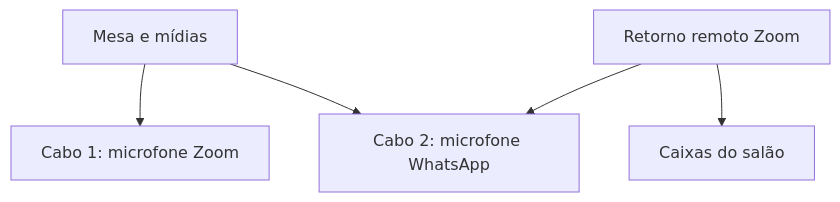
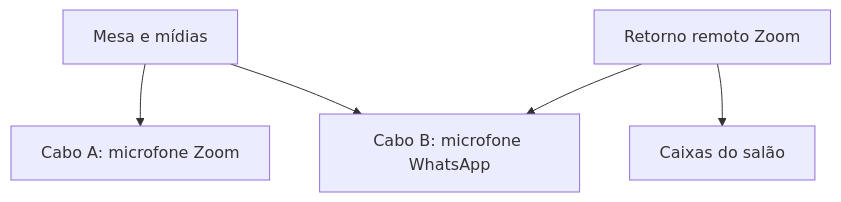
One commit to eduardoveiga-py/meeting-assistant changed the diagram in docs/audio-routing.md. Above: the diagram before and after it, drawn with Mermaid. The commit also changed other lines of this file and 4 other files, not shown here.

````diff
--- a/docs/audio-routing.md
+++ b/docs/audio-routing.md
@@ -42,7 +42,7 @@
 ```mermaid
 flowchart TD
-    A["Mesa e mídias"] --> B["Cabo 1: microfone Zoom"]
-    A --> C["Cabo 2: microfone WhatsApp"]
+    A["Mesa e mídias"] --> B["Cabo A: microfone Zoom"]
+    A --> C["Cabo B: microfone WhatsApp"]
     D["Retorno remoto Zoom"] --> C
     D --> E["Caixas do salão"]
 ```
````
